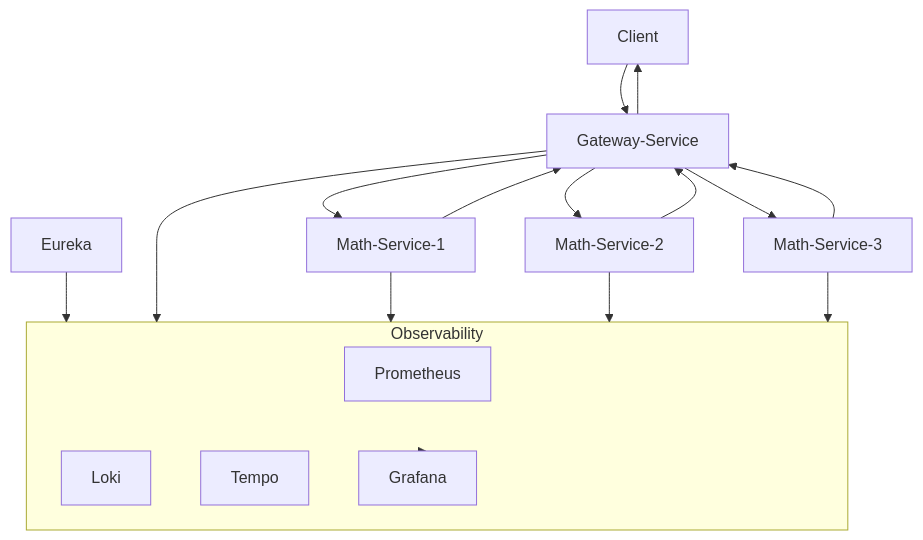
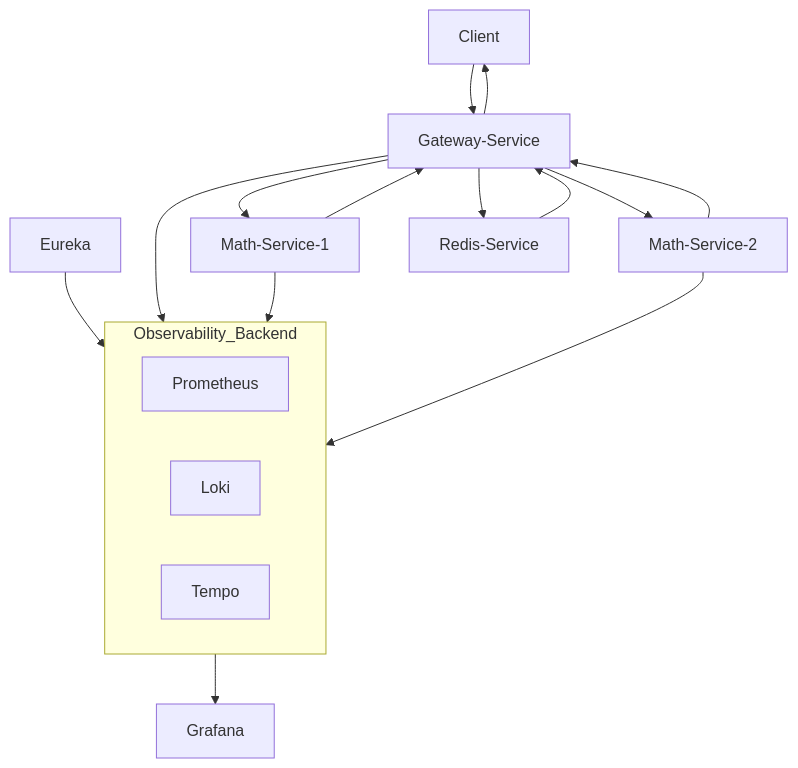
One commit to nbicocchi/learn-microservices changed the diagram in modules/observability/labs/README.md. Above: the diagram before and after it, drawn with Mermaid. The commit also changed other lines of this file and 29 other files, not shown here.

````diff
--- a/modules/observability/labs/README.md
+++ b/modules/observability/labs/README.md
@@ -5,27 +5,25 @@
 ```mermaid
 flowchart TD
     Client --> Gateway[Gateway-Service]
     Eureka
     Gateway --> Math1[Math-Service-1]
     Gateway --> Math2[Math-Service-2]
-    Gateway --> Math3[Math-Service-3]
     Math1 --> Gateway
     Math2 --> Gateway
-    Math3 --> Gateway
     Gateway --> Client
+    Gateway --> Redis[Redis-Service]
+    Redis --> Gateway
 
-    subgraph Observability
+    subgraph Observability_Backend
         Prometheus
         Loki
         Tempo
-        Grafana
     end
 
-    Eureka --> Observability
-    Gateway --> Observability
-    Math1 --> Observability
-    Math2 --> Observability
-    Math3 --> Observability
+    Eureka --> Observability_Backend
+    Gateway --> Observability_Backend
+    Math1 --> Observability_Backend
+    Math2 --> Observability_Backend
 
-    Observability --> Grafana
+    Observability_Backend --> Grafana
 ```
````
